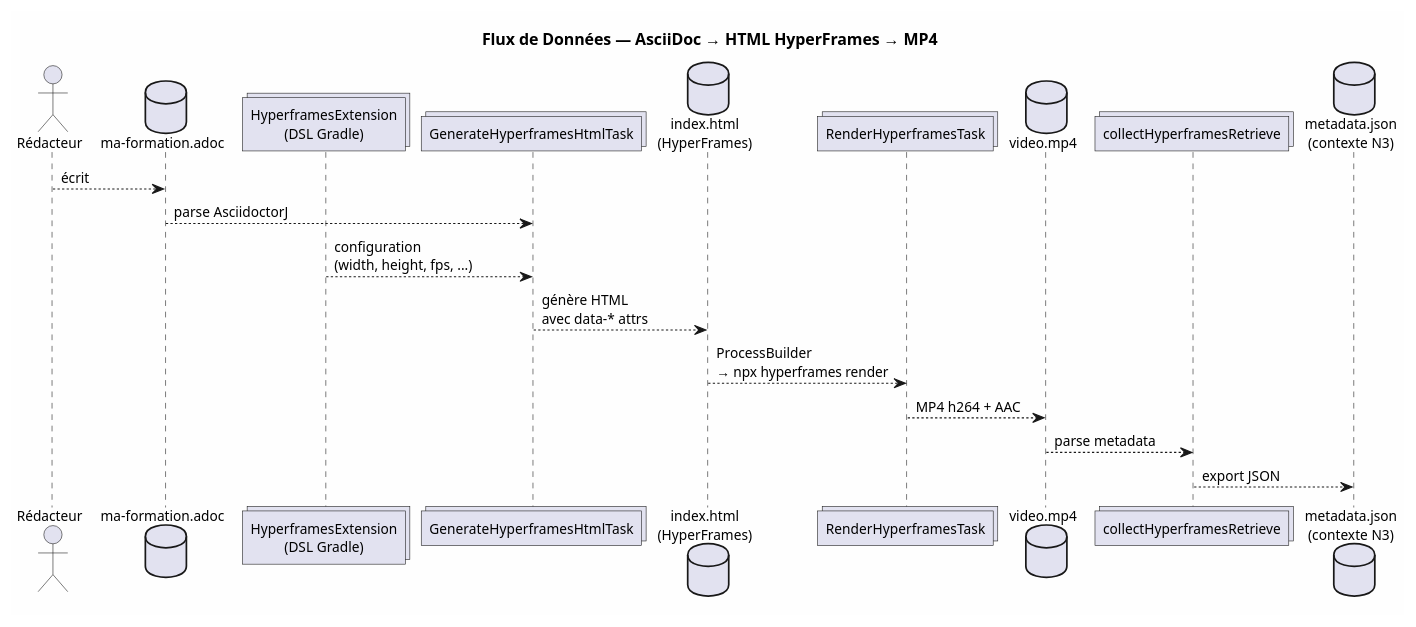
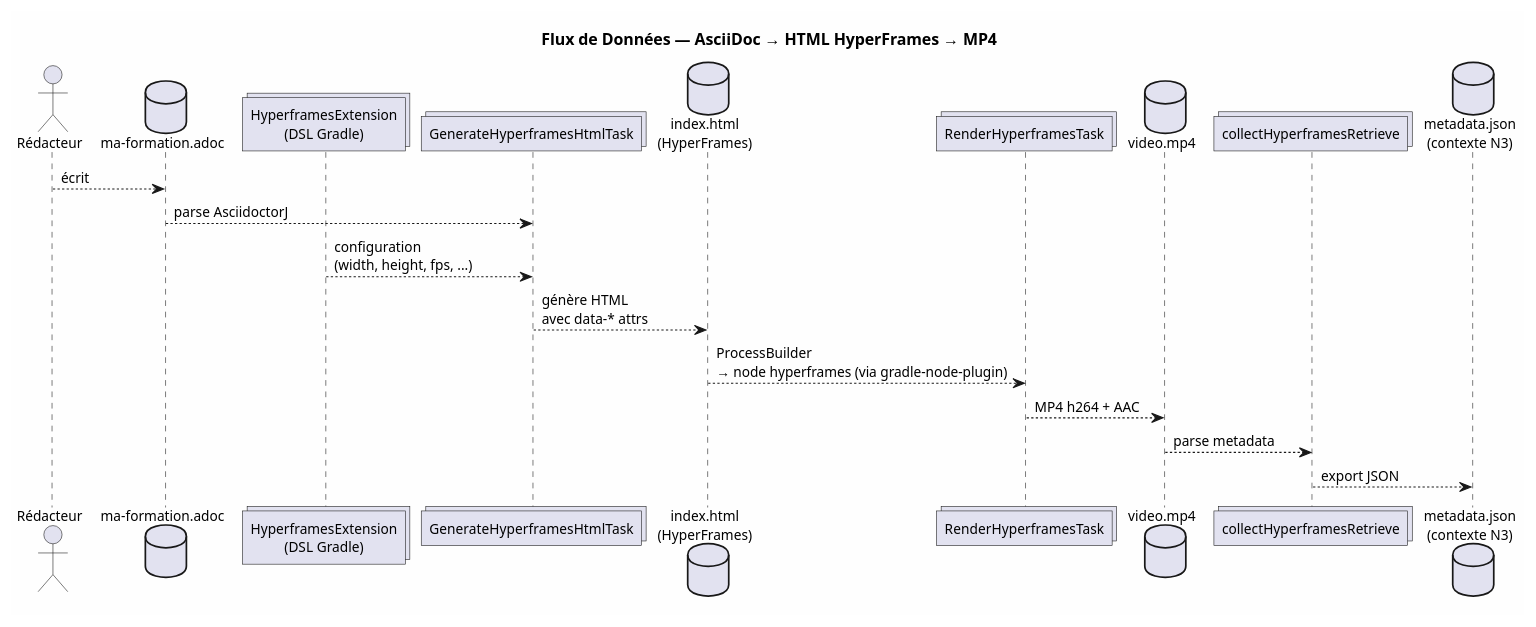
Before and after one commit to cccp-education/hyperframes-gradle: the third of 3 diagrams in hyperframes-plugin/doc/HYPERFRAMES_ARCHITECTURE.adoc, drawn with PlantUML. The commit also changed other lines of this file and 24 other files, not shown here.

First line of the commit message:
HF-1 Plugin Gradle stub + AsciidoctorJ intégration + document de pilotage HyperFrames

```diff
--- a/hyperframes-plugin/doc/HYPERFRAMES_ARCHITECTURE.adoc
+++ b/hyperframes-plugin/doc/HYPERFRAMES_ARCHITECTURE.adoc
@@ -145,28 +146,28 @@
 [plantuml,target="data-flow",format="svg"]
 ----
 @startuml
 skinparam backgroundColor #FEFEFE
 skinparam defaultFontSize 12
 
 title Flux de Données — AsciiDoc → HTML HyperFrames → MP4
 
 actor "Rédacteur" as author
 database "ma-formation.adoc" as source
 collections "HyperframesExtension\n(DSL Gradle)" as dsl
 collections "GenerateHyperframesHtmlTask" as genHtml
 database "index.html\n(HyperFrames)" as html
 collections "RenderHyperframesTask" as render
 database "video.mp4" as mp4
 collections "collectHyperframesRetrieve" as collect
 database "metadata.json\n(contexte N3)" as metadata
 
 author --> source : écrit
 source --> genHtml : parse AsciidoctorJ
 dsl --> genHtml : configuration\n(width, height, fps, ...)
 genHtml --> html : génère HTML\navec data-* attrs
-html --> render : ProcessBuilder\n→ npx hyperframes render
+html --> render : ProcessBuilder\n→ node hyperframes (via gradle-node-plugin)
 render --> mp4 : MP4 h264 + AAC
 mp4 --> collect : parse metadata
 collect --> metadata : export JSON
 @enduml
 ----
```
